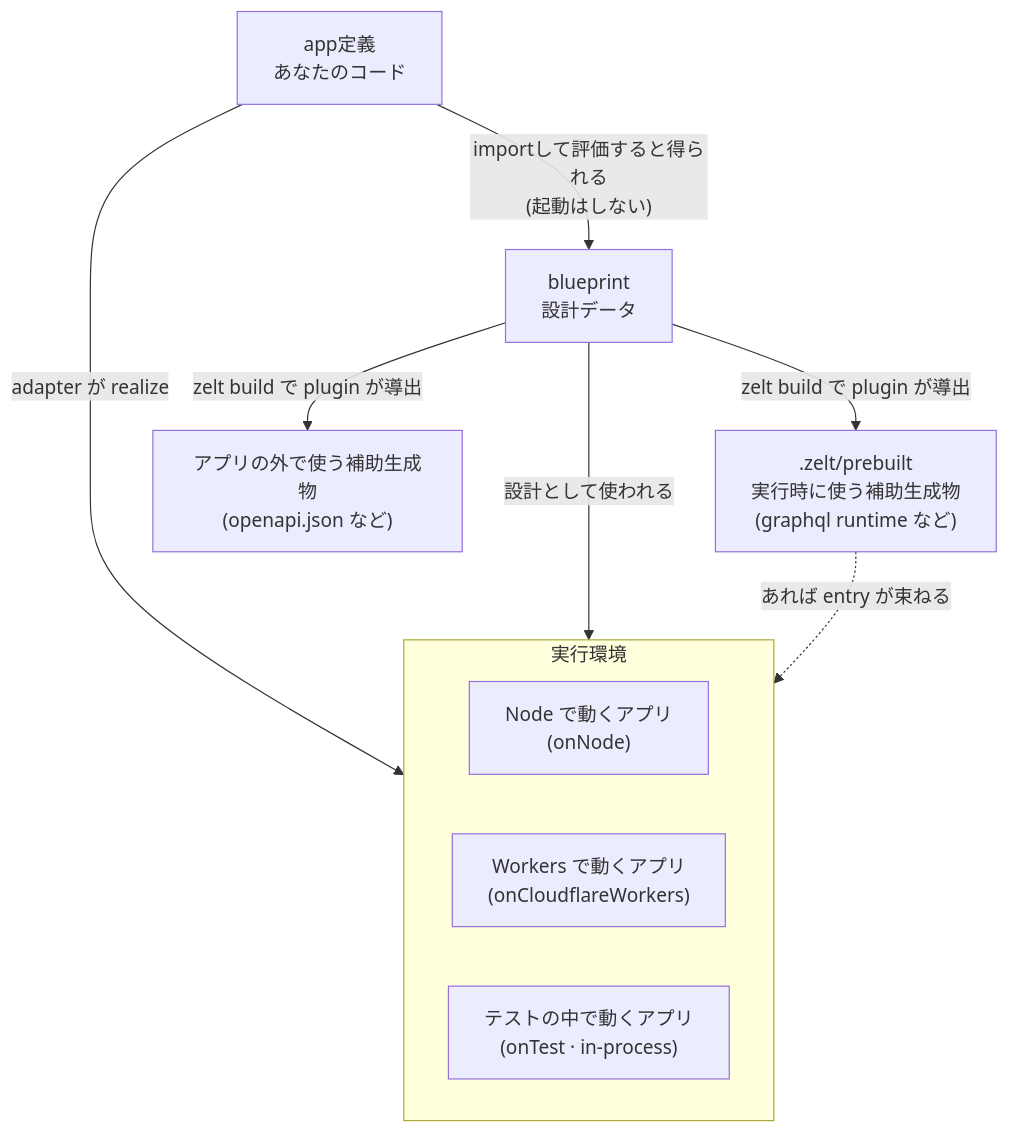
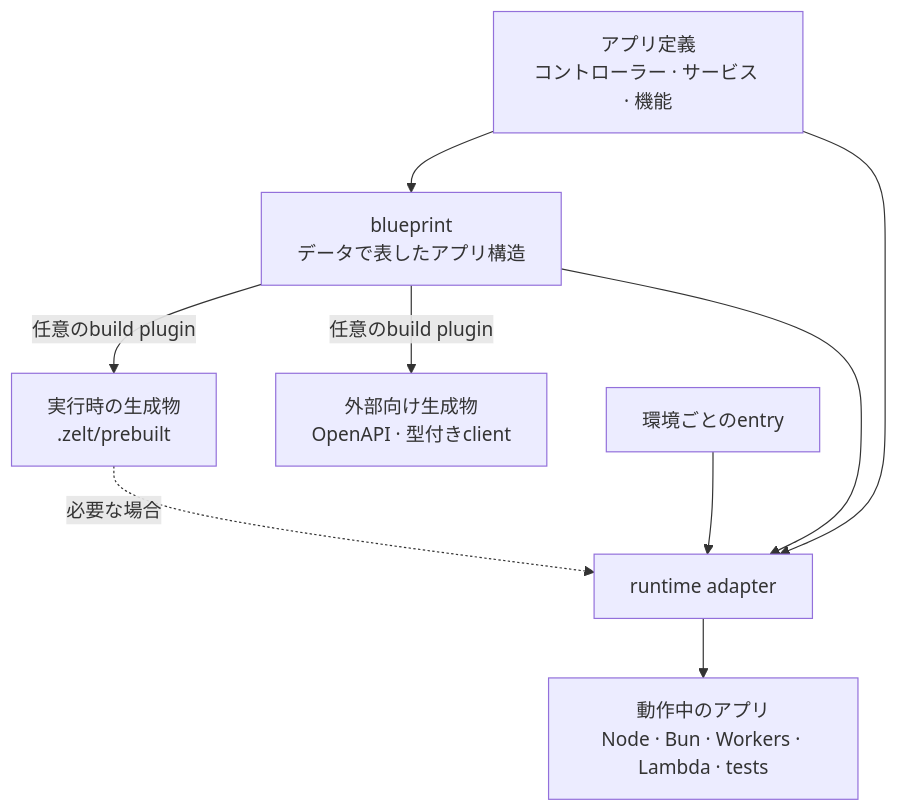
Before and after one commit to zeltjs/zelt: the first of 2 diagrams in website/i18n/ja/docusaurus-plugin-content-docs/current/big-picture.md, drawn with Mermaid. The commit also changed other lines of this file and 21 other files, not shown here.

````diff
--- a/website/i18n/ja/docusaurus-plugin-content-docs/current/big-picture.md
+++ b/website/i18n/ja/docusaurus-plugin-content-docs/current/big-picture.md
@@ -14,17 +16,12 @@
 ```mermaid
 flowchart TD
-  APP["app定義<br/>あなたのコード"]
-  APP -- "importして評価すると得られる<br/>(起動はしない)" --> BP["blueprint<br/>設計データ"]
-  BP -- "zelt build で plugin が導出" --> PRE[".zelt/prebuilt<br/>実行時に使う補助生成物<br/>(graphql runtime など)"]
-  BP -- "zelt build で plugin が導出" --> EXT["アプリの外で使う補助生成物<br/>(openapi.json など)"]
-
-  subgraph ENVS["実行環境"]
-    NLIVE["Node で動くアプリ<br/>(onNode)"]
-    WLIVE["Workers で動くアプリ<br/>(onCloudflareWorkers)"]
-    TLIVE["テストの中で動くアプリ<br/>(onTest · in-process)"]
-  end
-
-  APP -- "adapter が realize" --> ENVS
-  BP -- "設計として使われる" --> ENVS
-  PRE -. "あれば entry が束ねる" .-> ENVS
+  APP["アプリ定義<br/>コントローラー · サービス · 機能"]
+  APP --> BP["blueprint<br/>データで表したアプリ構造"]
+  BP -- "任意のbuild plugin" --> PRE["実行時の生成物<br/>.zelt/prebuilt"]
+  BP -- "任意のbuild plugin" --> EXT["外部向け生成物<br/>OpenAPI · 型付きclient"]
+  ENTRY["環境ごとのentry"] --> ADAPTER["runtime adapter"]
+  APP --> ADAPTER
+  BP --> ADAPTER
+  PRE -. "必要な場合" .-> ADAPTER
+  ADAPTER --> LIVE["動作中のアプリ<br/>Node · Bun · Workers · Lambda · tests"]
 ```
````
